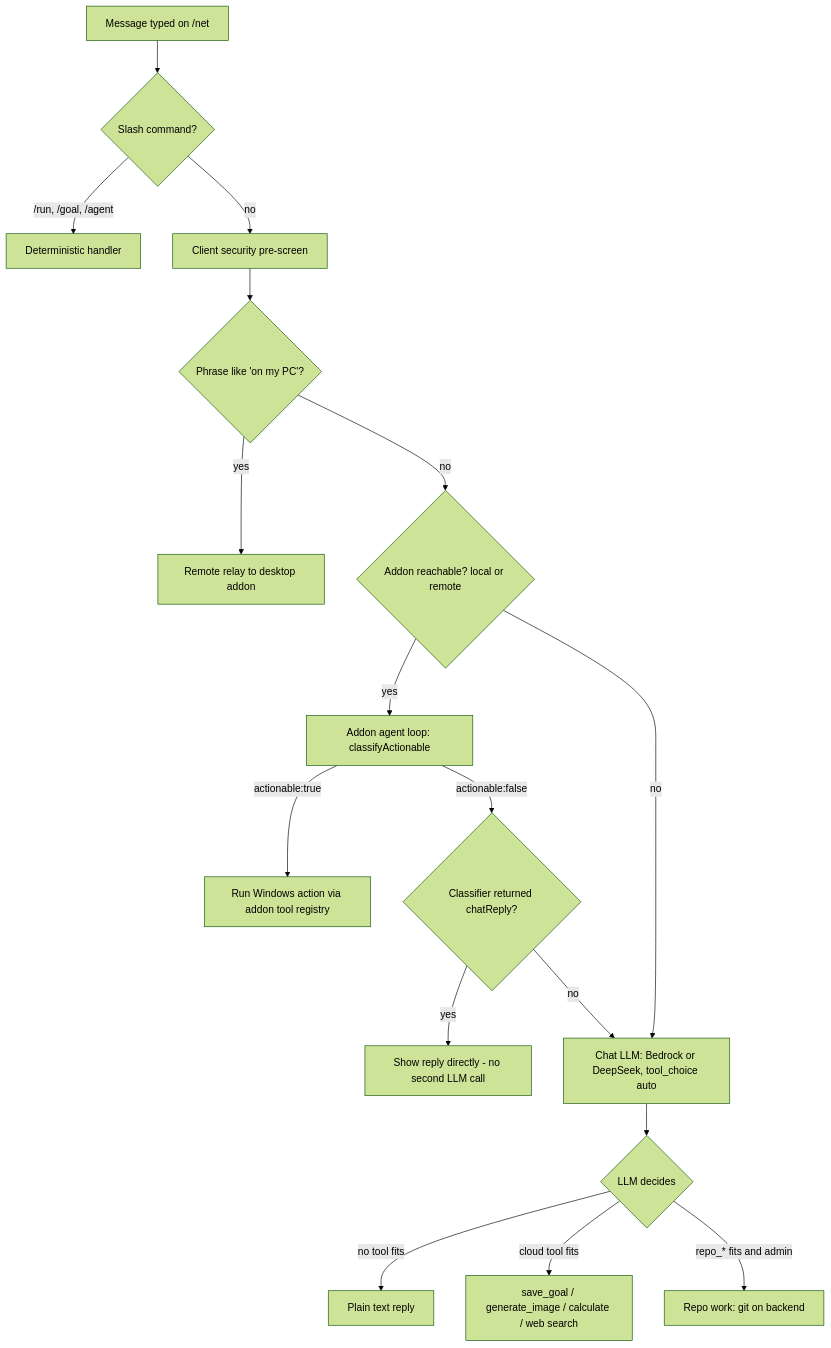
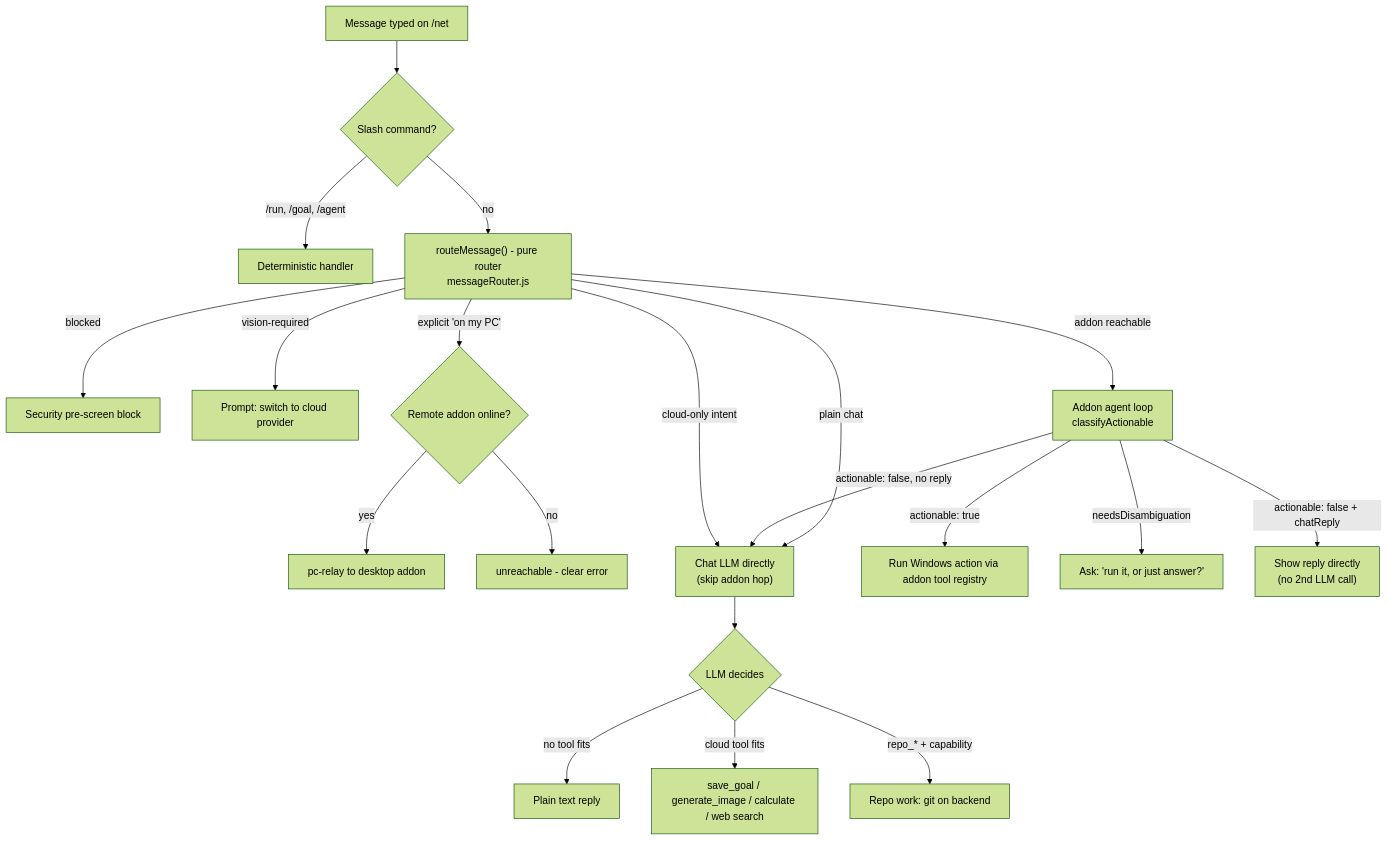
One commit to tnnrhpwd/portfolio-app changed the diagram in docs/implementation/simple-agent-prompt.md. Above: the diagram before and after it, drawn with Mermaid (forest theme). The commit also changed other lines of this file and 25 other files, not shown here.

First line of the commit message:
Harden /net routing and repo push flow

````diff
--- a/docs/implementation/simple-agent-prompt.md
+++ b/docs/implementation/simple-agent-prompt.md
@@ -792,19 +793,22 @@
 ```mermaid
 flowchart TD
     A[Message typed on /net] --> B{Slash command?}
     B -- /run, /goal, /agent --> C[Deterministic handler]
-    B -- no --> D[Client security pre-screen]
-    D --> E{Phrase like 'on my PC'?}
-    E -- yes --> F[Remote relay to desktop addon]
-    E -- no --> G{Addon reachable? local or remote}
-    G -- yes --> H[Addon agent loop: classifyActionable]
-    H -- actionable:true --> I[Run Windows action via addon tool registry]
-    H -- actionable:false --> J{Classifier returned chatReply?}
-    J -- yes --> R[Show reply directly - no second LLM call]
-    J -- no --> K[Chat LLM: Bedrock or DeepSeek, tool_choice auto]
-    G -- no --> K
+    B -- no --> D["routeMessage() - pure router<br/>messageRouter.js"]
+    D -- blocked --> X[Security pre-screen block]
+    D -- vision-required --> Y[Prompt: switch to cloud provider]
+    D -- "explicit 'on my PC'" --> E{Remote addon online?}
+    E -- yes --> F[pc-relay to desktop addon]
+    E -- no --> Z[unreachable - clear error]
+    D -- cloud-only intent --> K["Chat LLM directly<br/>(skip addon hop)"]
+    D -- addon reachable --> H["Addon agent loop<br/>classifyActionable"]
+    H -- "actionable: true" --> I[Run Windows action via addon tool registry]
+    H -- needsDisambiguation --> Q["Ask: 'run it, or just answer?'"]
+    H -- "actionable: false + chatReply" --> R["Show reply directly<br/>(no 2nd LLM call)"]
+    H -- "actionable: false, no reply" --> K
+    D -- plain chat --> K
     K --> L{LLM decides}
     L -- no tool fits --> M[Plain text reply]
     L -- cloud tool fits --> N[save_goal / generate_image / calculate / web search]
-    L -- repo_* fits and admin --> O[Repo work: git on backend]
+    L -- "repo_* + capability" --> O[Repo work: git on backend]
 ```
````
